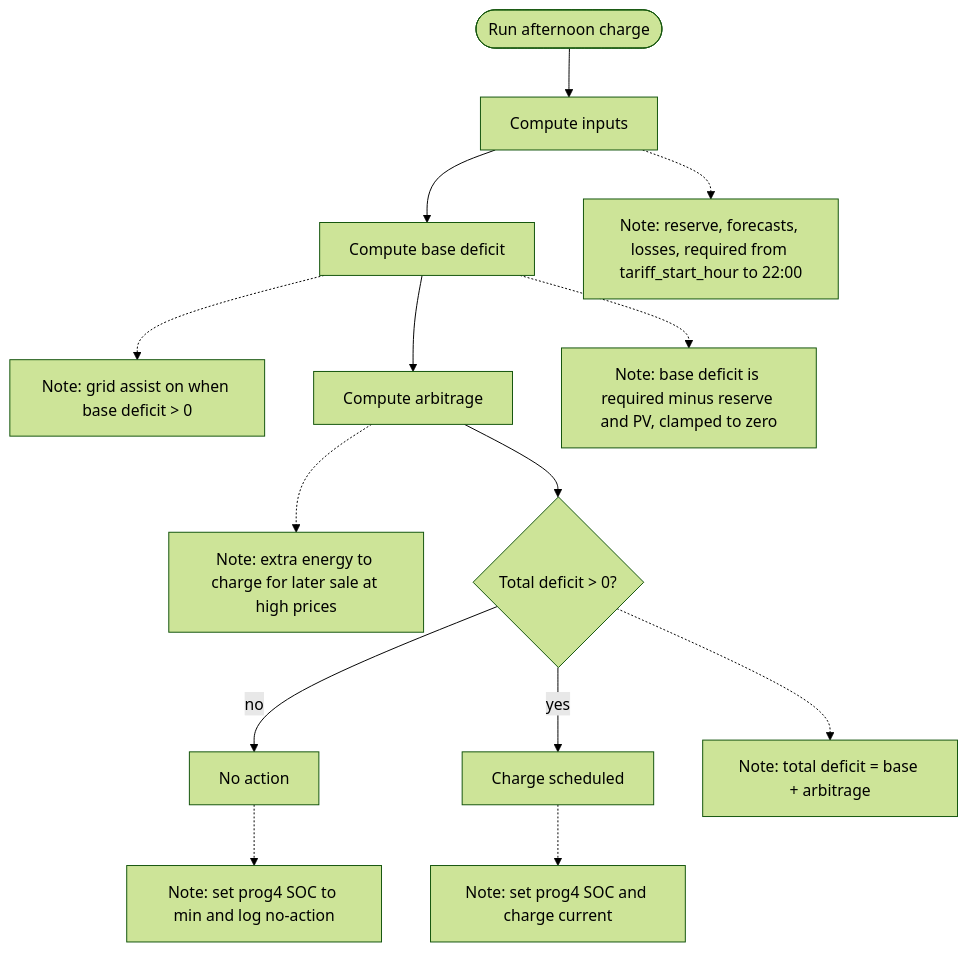
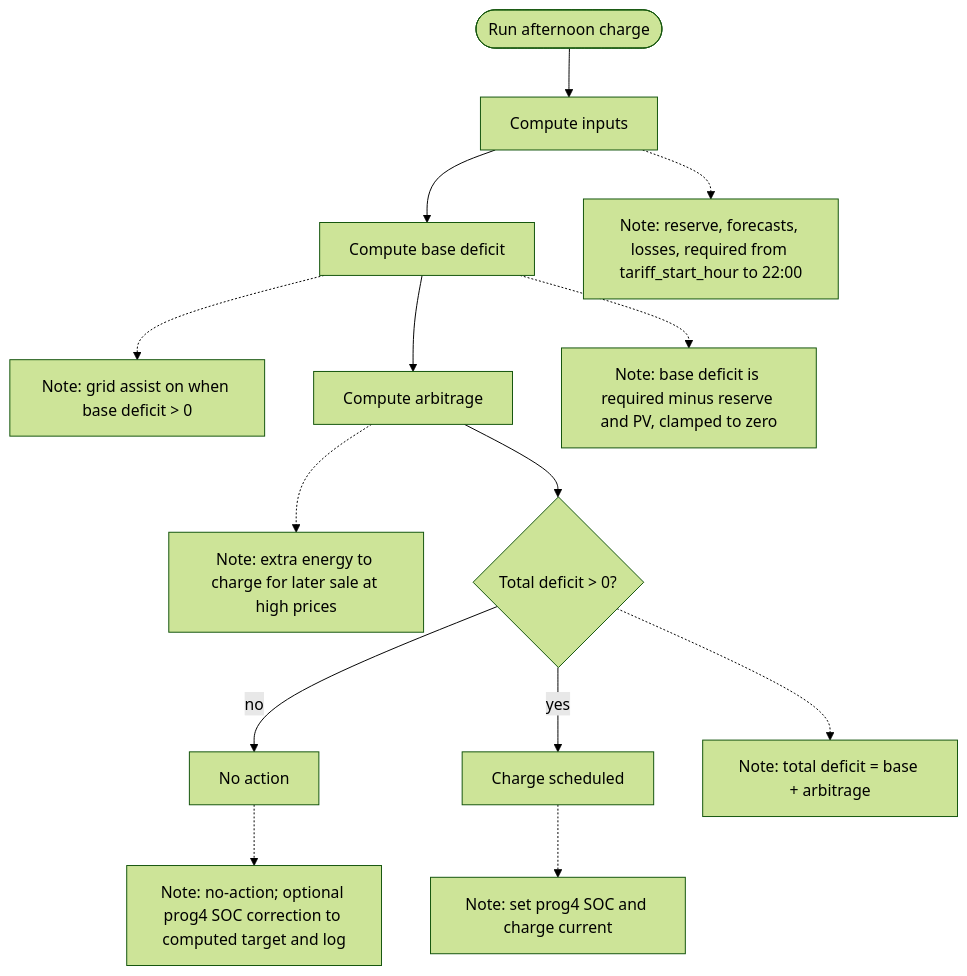
One commit to plebann/EnergyOptimizer changed the diagram in docs/Afternoon_Charge_Action.md. Above: the diagram before and after it, drawn with Mermaid (forest theme). The commit also changed other lines of this file and 11 other files, not shown here.

````diff
--- a/docs/Afternoon_Charge_Action.md
+++ b/docs/Afternoon_Charge_Action.md
@@ -68,16 +68,16 @@
 ```mermaid
 flowchart TD
    AC_start([Run afternoon charge]) --> AC_inputs[Compute inputs]
     AC_inputs --> AC_base[Compute base deficit]
    AC_base -.-> AC_grid_assist_note[Note: grid assist on when base deficit > 0]
    AC_base --> AC_arb[Compute arbitrage]
    AC_arb -.-> AC_arb_note[Note: extra energy to charge for later sale at high prices]
    AC_arb --> AC_total{Total deficit > 0?}
    AC_total -->|no| AC_reset[No action]
    AC_total -->|yes| AC_charge[Charge scheduled]
       AC_inputs -.-> AC_inputs_note[Note: reserve, forecasts, losses, required from tariff_start_hour to 22:00]
        AC_base -.-> AC_base_note[Note: base deficit is required minus reserve and PV, clamped to zero]
       AC_total -.-> AC_total_note[Note: total deficit = base + arbitrage]
-    AC_reset -.-> AC_reset_note[Note: set prog4 SOC to min and log no-action]
+   AC_reset -.-> AC_reset_note[Note: no-action; optional prog4 SOC correction to computed target and log]
     AC_charge -.-> AC_charge_note[Note: set prog4 SOC and charge current]
 ```
````
